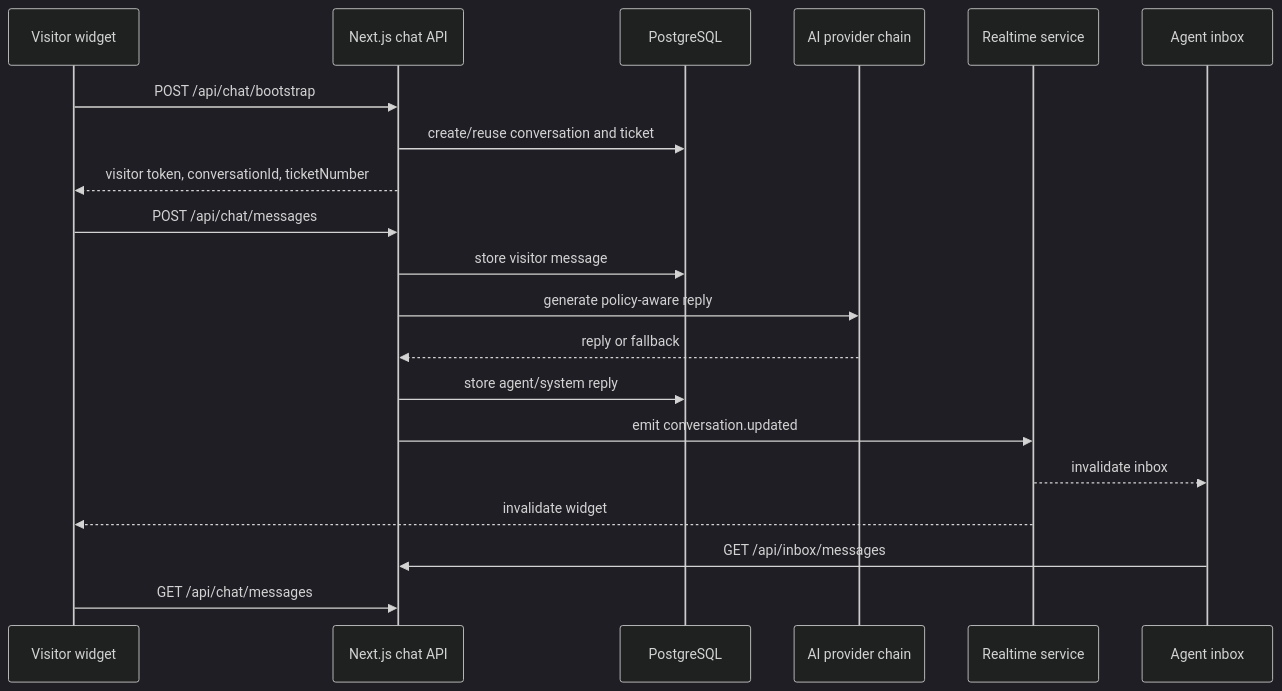
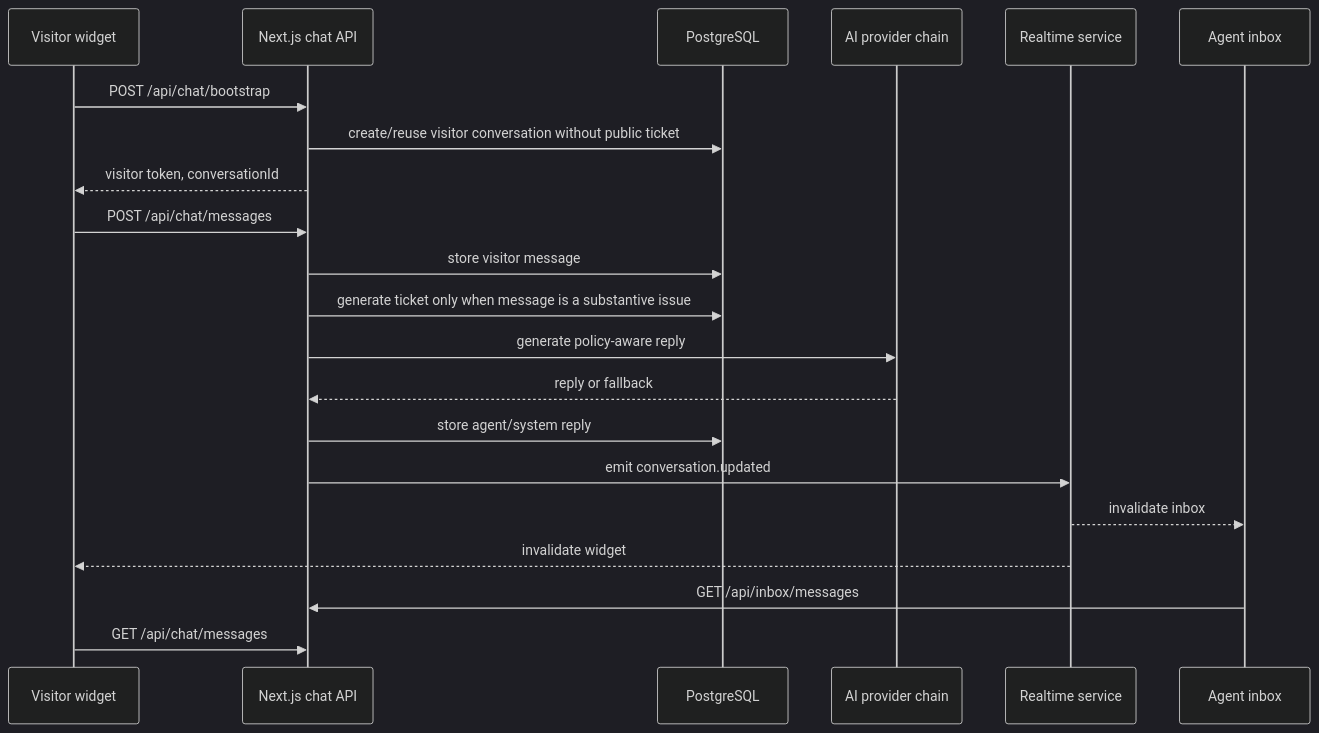
One commit to swaritpatel/CustomerCommunicationPortal changed the ninth of 11 diagrams in README.md. Above: the diagram before and after it, drawn with Mermaid (dark theme). The commit also changed other lines of this file and 2 other files, not shown here.

````diff
--- a/README.md
+++ b/README.md
@@ -491,23 +547,24 @@
 ```mermaid
 sequenceDiagram
   participant V as Visitor widget
   participant API as Next.js chat API
   participant DB as PostgreSQL
   participant AI as AI provider chain
   participant RT as Realtime service
   participant A as Agent inbox
 
   V->>API: POST /api/chat/bootstrap
-  API->>DB: create/reuse conversation and ticket
-  API-->>V: visitor token, conversationId, ticketNumber
+  API->>DB: create/reuse visitor conversation without public ticket
+  API-->>V: visitor token, conversationId
   V->>API: POST /api/chat/messages
   API->>DB: store visitor message
+  API->>DB: generate ticket only when message is a substantive issue
   API->>AI: generate policy-aware reply
   AI-->>API: reply or fallback
   API->>DB: store agent/system reply
   API->>RT: emit conversation.updated
   RT-->>A: invalidate inbox
   RT-->>V: invalidate widget
   A->>API: GET /api/inbox/messages
   V->>API: GET /api/chat/messages
 ```
````
